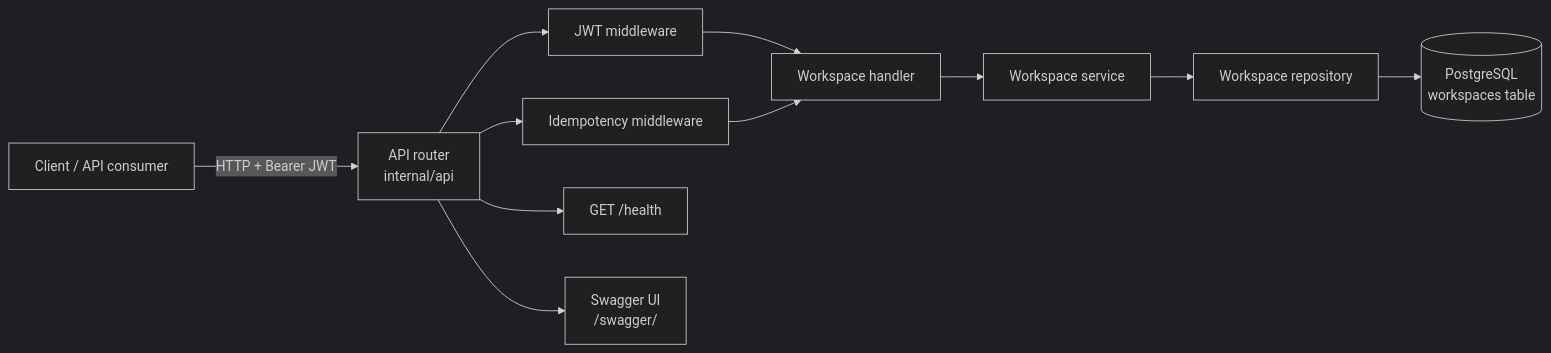
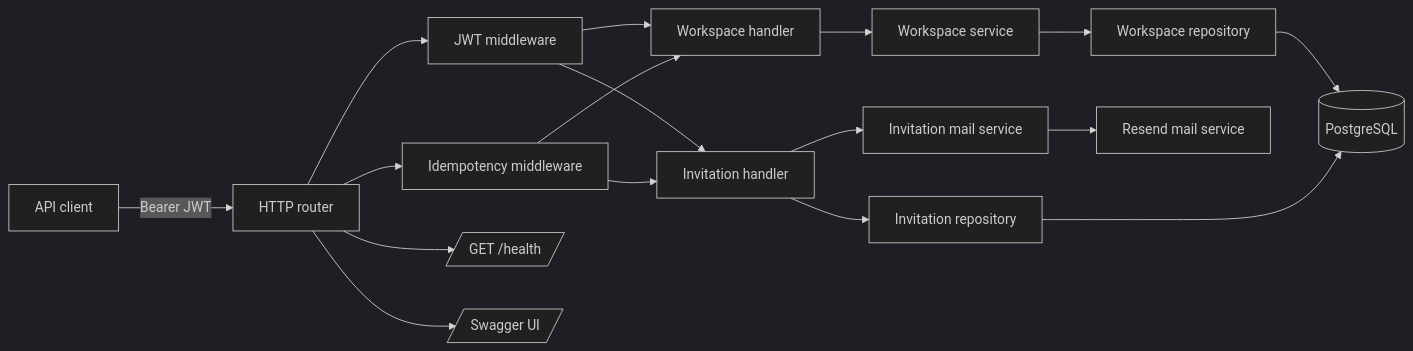
One commit to thakur-vijay/AdOrbitWorkspace changed the first of 2 diagrams in README.md. Above: the diagram before and after it, drawn with Mermaid (dark theme). The commit also changed other lines of this file, not shown here.

````diff
--- a/README.md
+++ b/README.md
@@ -67,13 +77,23 @@
 ```mermaid
 flowchart LR
-    Client[Client / API consumer] -->|HTTP + Bearer JWT| API[API router\ninternal/api]
-    API --> Auth[JWT middleware]
-    API --> Idem[Idempotency middleware]
-    Auth --> Handler[Workspace handler]
-    Idem --> Handler
-    Handler --> Service[Workspace service]
-    Service --> Repo[Workspace repository]
-    Repo --> DB[(PostgreSQL\nworkspaces table)]
-    API --> Health[GET /health]
-    API --> Swagger[Swagger UI\n/swagger/]
+    Client[API client] -->|Bearer JWT| API[HTTP router]
+    API --> JWT[JWT middleware]
+    API --> IDEM[Idempotency middleware]
+
+    JWT --> WORK[Workspace handler]
+    IDEM --> WORK
+    JWT --> INV[Invitation handler]
+    IDEM --> INV
+
+    WORK --> WService[Workspace service]
+    WService --> WRepo[Workspace repository]
+
+    INV --> IMail[Invitation mail service]
+    INV --> IMember[Invitation repository]
+    IMail --> Mail[Resend mail service]
+
+    WRepo --> PG[(PostgreSQL)]
+    IMember --> PG
+    API --> Health[/GET /health/]
+    API --> Swagger[/Swagger UI/]
 ```
````
